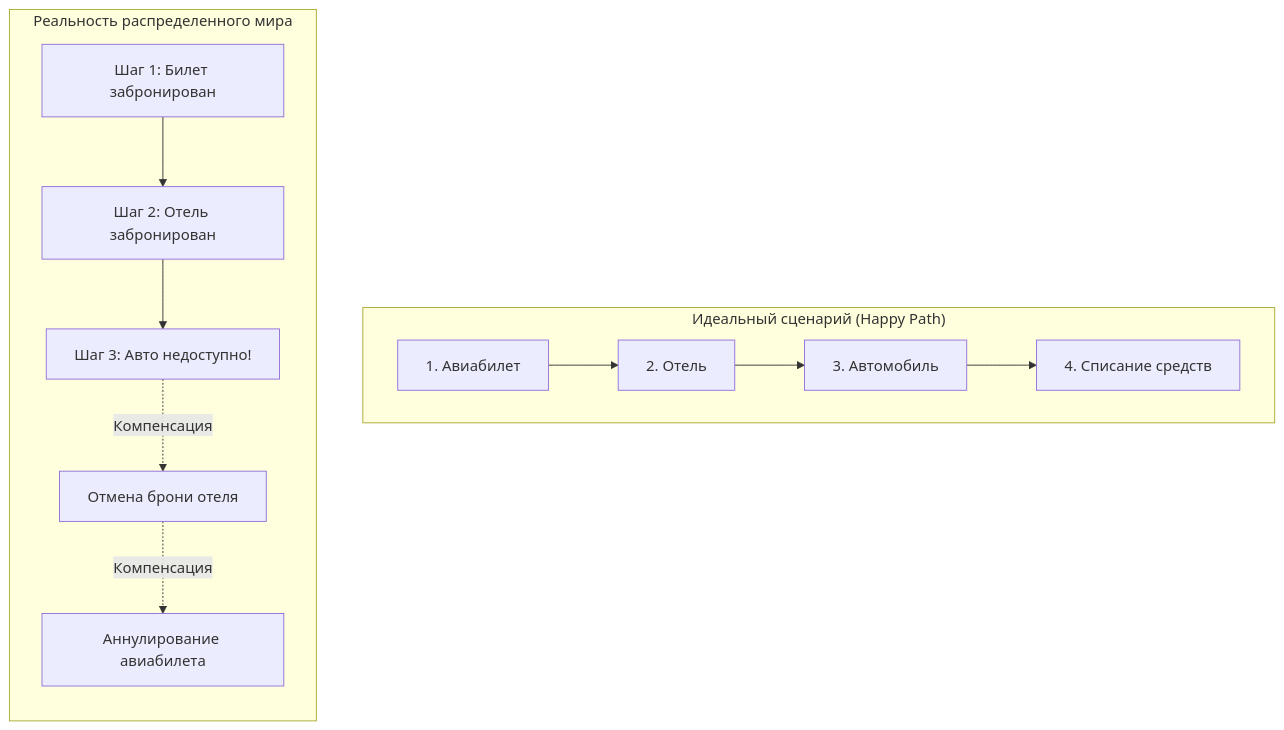
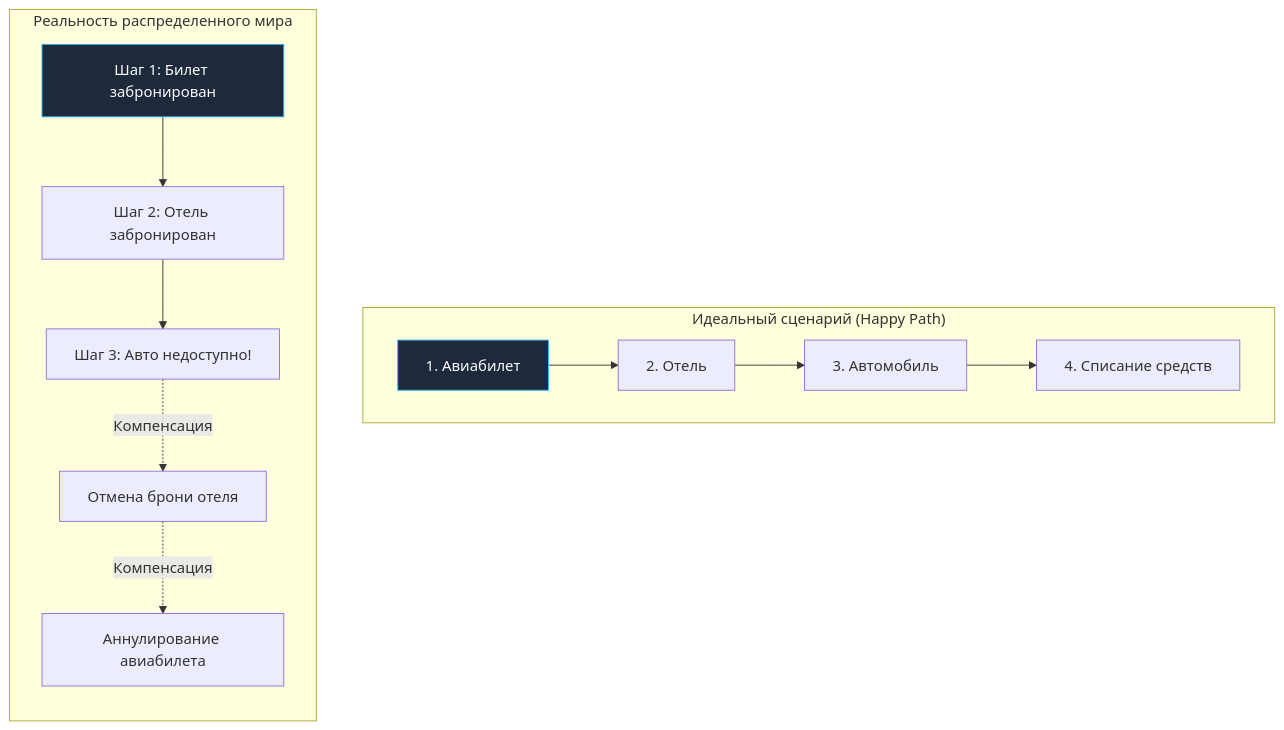
One commit to UnrealTemplier/go-textbook changed the first of 4 diagrams in sources/13. Очереди, брокеры сообщений и оркестраторы/06. Оркестрация процессов/1. Что такое workflow orchestration.md. Above: the diagram before and after it, drawn with Mermaid. The commit also changed 1666 other files, not shown here.

First line of the commit message:
feat(mermaid): add semantic color classDef to 1369 colorless flowchart/graph diagrams

````diff
--- a/sources/13. Очереди, брокеры сообщений и оркестраторы/06. Оркестрация процессов/1. Что такое workflow orchestration.md
+++ b/sources/13. Очереди, брокеры сообщений и оркестраторы/06. Оркестрация процессов/1. Что такое workflow orchestration.md
@@ -21,15 +21,25 @@
 ```mermaid
 flowchart TD
+    classDef process  fill:#1e293b,stroke:#38bdf8,stroke-width:1px,color:#f8fafc
+    classDef success  fill:#064e3b,stroke:#34d399,stroke-width:1px,color:#f8fafc
+    classDef error    fill:#7f1d1d,stroke:#f87171,stroke-width:1px,color:#f8fafc
+    classDef warning  fill:#78350f,stroke:#fbbf24,stroke-width:1px,color:#f8fafc
+    classDef entry    fill:#1e3a5f,stroke:#38bdf8,stroke-width:2px,color:#f8fafc
+    classDef aux      fill:#334155,stroke:#64748b,stroke-width:1px,color:#f8fafc
+    classDef system   fill:#312e81,stroke:#a78bfa,stroke-width:1px,color:#f8fafc
+    classDef data     fill:#132d29,stroke:#2dd4bf,stroke-width:1px,color:#f8fafc
+    classDef network  fill:#881337,stroke:#fb7185,stroke-width:1px,color:#f8fafc
+    classDef accent   fill:#1e1b4b,stroke:#818cf8,stroke-width:1px,color:#f8fafc
     subgraph HappyPath["Идеальный сценарий (Happy Path)"]
         direction LR
-        Step1["1. Авиабилет"] --> Step2["2. Отель"] --> Step3["3. Автомобиль"] --> Step4["4. Списание средств"]
+        Step1["1. Авиабилет"]:::process --> Step2["2. Отель"] --> Step3["3. Автомобиль"] --> Step4["4. Списание средств"]
     end
     
     subgraph FailurePath["Реальность распределенного мира"]
         direction TB
-        F1["Шаг 1: Билет забронирован"] --> F2["Шаг 2: Отель забронирован"]
+        F1["Шаг 1: Билет забронирован"]:::process --> F2["Шаг 2: Отель забронирован"]
         F2 --> F3["Шаг 3: Авто недоступно!"]
         F3 -.->|"Компенсация"| C2["Отмена брони отеля"]
         C2 -.->|"Компенсация"| C1["Аннулирование авиабилета"]
     end
 ```
````
